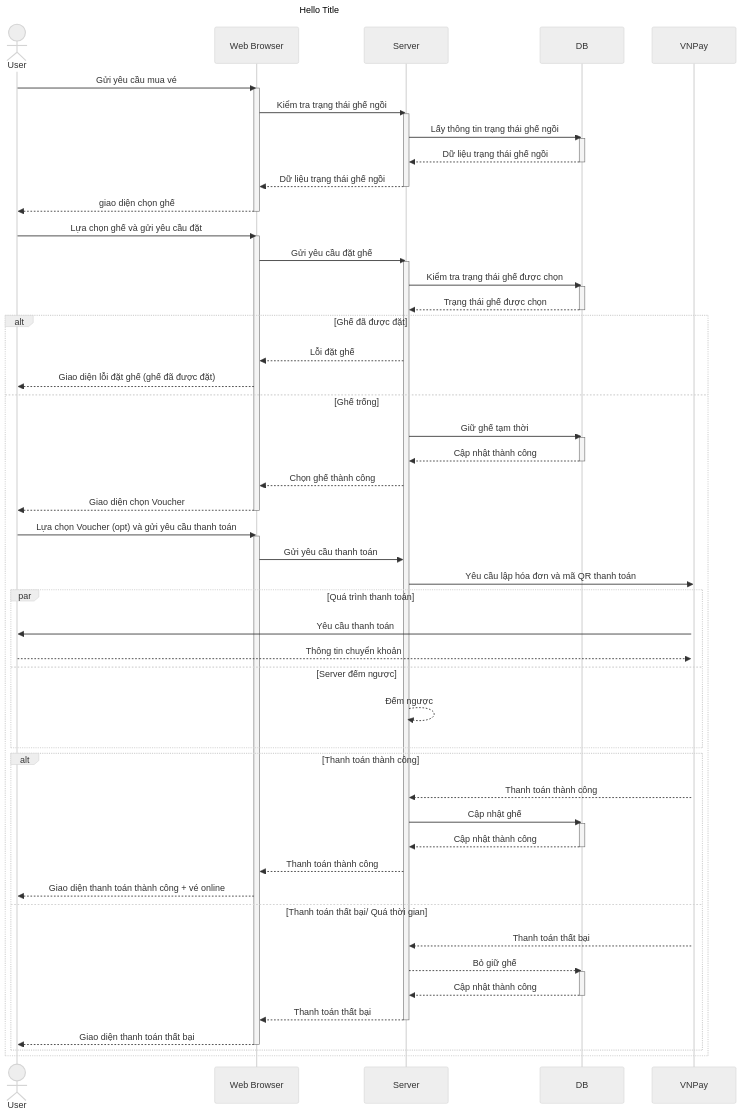
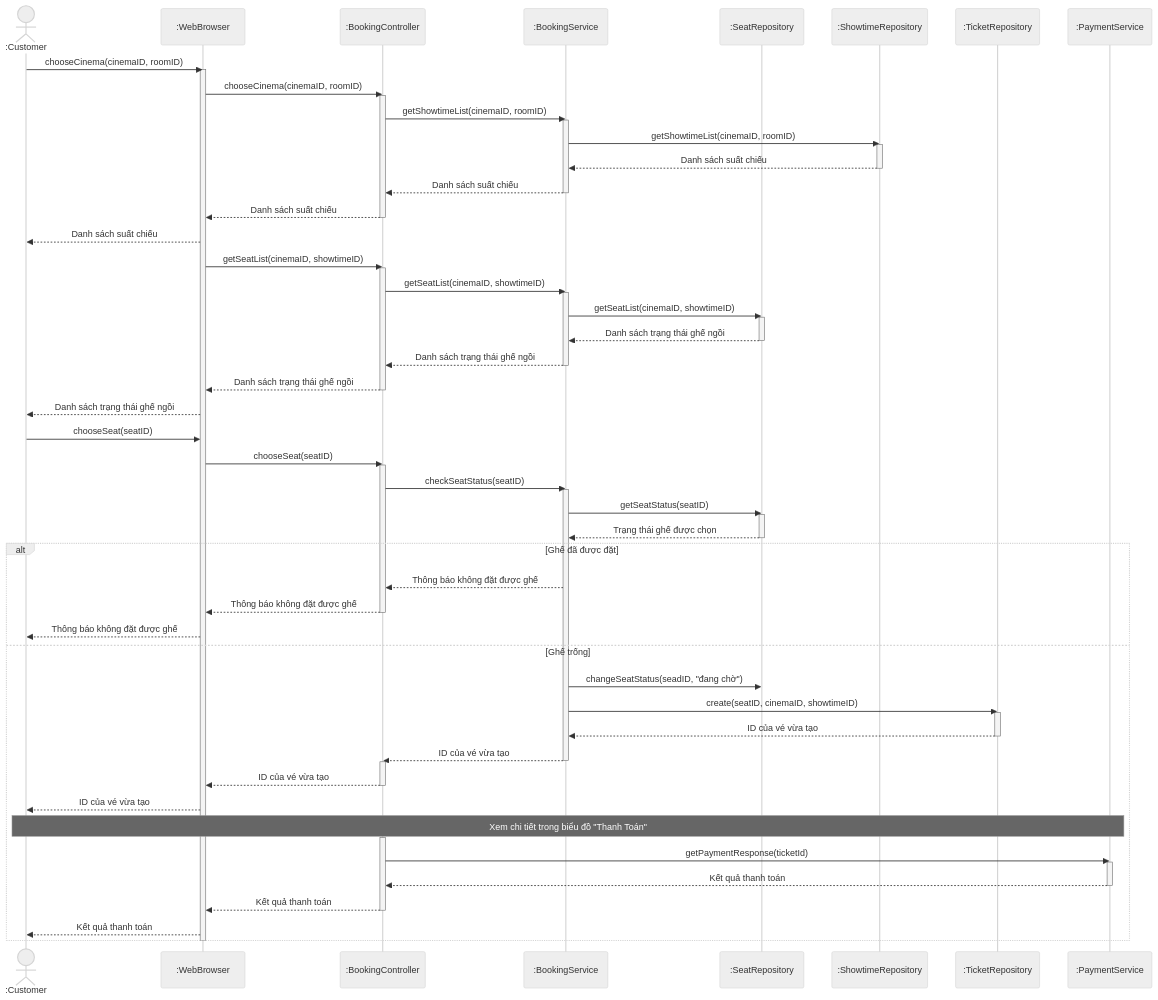
Before and after one commit to dvhAoU1374/IT3120-PTTKHT: the diagram in Sequence Diagram/UC Quản Lý Vé/Đặt-Vé.mmd, drawn with Mermaid. The commit also changed 65 other files, not shown here.

```diff
--- a/Sequence Diagram/UC Quản Lý Vé/Đặt-Vé.mmd
+++ b/Sequence Diagram/UC Quản Lý Vé/Đặt-Vé.mmd
@@ -1,75 +1,90 @@
 ---
-title: Hello Title
 config:
-  theme: "neutral"
+  theme: neutral
 ---
+sequenceDiagram
+        actor User as :Customer
+        participant FE as :WebBrowser
+        participant Ctrl as :BookingController
+        participant Service as :BookingService
+        participant Repo as :SeatRepository
+        participant showtime as :ShowtimeRepository
+        participant Ticket as :TicketRepository
+        participant VNPay as :PaymentService
 
-sequenceDiagram
-    actor User
-    User ->> Web Browser: Gửi yêu cầu mua vé
-    activate Web Browser
-    Web Browser ->> Server: Kiểm tra trạng thái ghế ngồi
-    activate Server
-    Server ->> DB: Lấy thông tin trạng thái ghế ngồi
-    activate DB
-    DB -->> Server: Dữ liệu trạng thái ghế ngồi
-    deactivate DB
-    Server -->> Web Browser: Dữ liệu trạng thái ghế ngồi
-    deactivate Server
-    Web Browser -->> User: giao diện chọn ghế
-    deactivate Web Browser
+        User ->> FE: chooseCinema(cinemaID, roomID)
+        activate FE
+        FE ->> Ctrl: chooseCinema(cinemaID, roomID)
+        activate Ctrl
+        Ctrl ->> Service: getShowtimeList(cinemaID, roomID)
+        activate Service
+        Service ->> showtime: getShowtimeList(cinemaID, roomID)
+        activate showtime
+        showtime -->> Service: Danh sách suất chiếu 
+        deactivate showtime
+        Service  -->> Ctrl: Danh sách suất chiếu 
+        deactivate Service
+        Ctrl -->> FE: Danh sách suất chiếu 
+        deactivate Ctrl
+        FE -->> User: Danh sách suất chiếu 
+        FE ->> Ctrl: getSeatList(cinemaID, showtimeID)
+        activate Ctrl
+        Ctrl ->> Service: getSeatList(cinemaID, showtimeID)
+        activate Service
+        Service ->> Repo: getSeatList(cinemaID, showtimeID)
+        activate Repo
+        Repo -->> Service: Danh sách trạng thái ghế ngồi 
+        deactivate Repo
+        Service -->> Ctrl: Danh sách trạng thái ghế ngồi 
+        deactivate Service
+        Ctrl -->> FE: Danh sách trạng thái ghế ngồi
+        deactivate Ctrl
+        FE -->> User: Danh sách trạng thái ghế ngồi
 
-    User ->> Web Browser: Lựa chọn ghế và gửi yêu cầu đặt
-    activate Web Browser
-    Web Browser ->> Server: Gửi yêu cầu đặt ghế
-    activate Server
-    Server ->> DB: Kiểm tra trạng thái ghế được chọn
-    activate DB
-    DB -->> Server: Trạng thái ghế được chọn
-    deactivate DB
-
-    alt Ghế đã được đặt
-        Server -->> Web Browser: Lỗi đặt ghế
-        Web Browser -->> User: Giao diện lỗi đặt ghế (ghế đã được đặt)
-
-    else Ghế trống
-        Server ->> DB: Giữ ghế tạm thời
-        activate DB
-        DB -->> Server: Cập nhật thành công
-        deactivate DB
-        Server -->> Web Browser: Chọn ghế thành công
-        Web Browser -->> User: Giao diện chọn Voucher
-        deactivate Web Browser
-        User ->> Web Browser: Lựa chọn Voucher (opt) và gửi yêu cầu thanh toán
-        activate Web Browser
-        Web Browser ->> Server: Gửi yêu cầu thanh toán
-        Server ->> VNPay: Yêu cầu lập hóa đơn và mã QR thanh toán
-        activate VNPay
-        par Quá trình thanh toán
-            VNPay ->> User : Yêu cầu thanh toán
-            User -->> VNPay : Thông tin chuyển khoản
-        and Server đếm ngược
-            Server -->> Server: Đếm ngược
+        User ->> FE: chooseSeat(seatID)
+        FE ->> Ctrl: chooseSeat(seatID)
+        activate Ctrl
+        Ctrl ->> Service: checkSeatStatus(seatID)
+        activate Service
+        Service ->> Repo: getSeatStatus(seatID)
+        activate Repo
+        Repo -->> Service: Trạng thái ghế được chọn
+        deactivate Repo
+        %% deactivate Service
+        %% deactivate Ctrl
+        alt Ghế đã được đặt
+            %% activate Service
+            Service -->> Ctrl: Thông báo không đặt được ghế
+            %% deactivate Service 
+            %% activate Ctrl
+            Ctrl -->> FE: Thông báo không đặt được ghế
+            deactivate Ctrl
+            FE -->> User: Thông báo không đặt được ghế
+        else Ghế trống
+            %% activate Service
+            Service ->> Repo: changeSeatStatus(seadID, "đang chờ")
+            Service ->> Ticket: create(seatID, cinemaID, showtimeID)
+            activate Ticket
+            Ticket -->> Service: ID của vé vừa tạo
+            deactivate Ticket
+            Service -->> Ctrl: ID của vé vừa tạo
+            deactivate Service
+            activate Ctrl
+            Ctrl -->> FE: ID của vé vừa tạo
+            deactivate Ctrl
+            FE -->> User: ID của vé vừa tạo
+            Note over User, VNPay: Xem chi tiết trong biểu đồ "Thanh Toán"
+            %% User ->> FE: pay(ticketID, voucherID)
+            %% FE ->> Ctrl: pay(ticketID, voucherID) 
+            %% Ctrl ->> Ctrl: createInvoice(ticketID)
+            %% Ctrl ->> VNPay: pay(invoice)
+            activate Ctrl
+            Ctrl ->> VNPay: getPaymentResponse(ticketId)
+            activate VNPay
+            VNPay -->> Ctrl: Kết quả thanh toán
+            deactivate VNPay
+            Ctrl -->> FE: Kết quả thanh toán
+            deactivate Ctrl
+            FE -->> User: Kết quả thanh toán
         end
-
-        alt Thanh toán thành công
-            VNPay -->> Server: Thanh toán thành công
-            Server ->> DB: Cập nhật ghế
-            activate DB
-            DB -->> Server: Cập nhật thành công
-            deactivate DB
-            Server -->> Web Browser: Thanh toán thành công
-            Web Browser -->> User: Giao diện thanh toán thành công + vé online
-
-        else Thanh toán thất bại/ Quá thời gian
-            VNPay -->> Server: Thanh toán thất bại
-            Server -->> DB: Bỏ giữ ghế
-            activate DB
-            DB -->> Server: Cập nhật thành công
-            deactivate DB
-            Server -->> Web Browser: Thanh toán thất bại
-            deactivate Server
-            Web Browser -->> User : Giao diện thanh toán thất bại
-            deactivate Web Browser
-        end
-    end
+    deactivate FE
```
